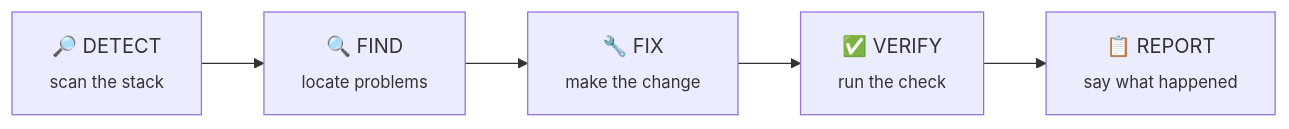
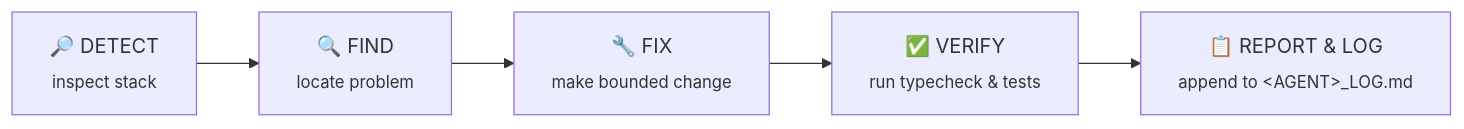
One commit to administrakt0r/AGENTARDS changed the diagram in README.md. Above: the diagram before and after it, drawn with Mermaid. The commit also changed other lines of this file and 3 other files, not shown here.

````diff
--- a/README.md
+++ b/README.md
@@ -66,7 +40,7 @@
 ```mermaid
 flowchart LR
-    A["🔎 DETECT<br/><sub>scan the stack</sub>"] --> B["🔍 FIND<br/><sub>locate problems</sub>"]
-    B --> C["🔧 FIX<br/><sub>make the change</sub>"]
-    C --> D["✅ VERIFY<br/><sub>run the check</sub>"]
-    D --> E["📋 REPORT<br/><sub>say what happened</sub>"]
+    A["🔎 DETECT<br/><sub>inspect stack</sub>"] --> B["🔍 FIND<br/><sub>locate problem</sub>"]
+    B --> C["🔧 FIX<br/><sub>make bounded change</sub>"]
+    C --> D["✅ VERIFY<br/><sub>run typecheck & tests</sub>"]
+    D --> E["📋 REPORT & LOG<br/><sub>append to &lt;AGENT&gt;_LOG.md</sub>"]
 ```
````
